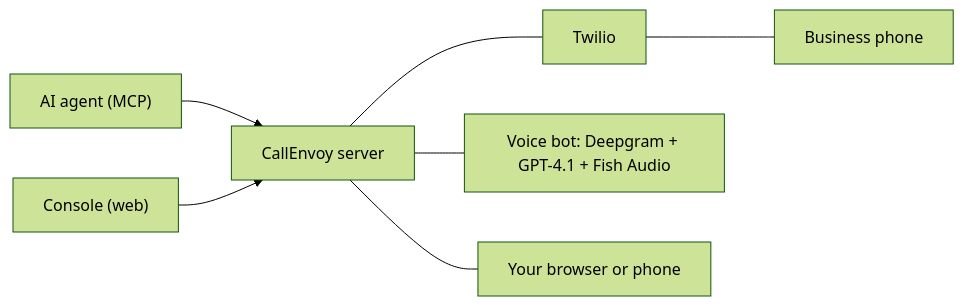
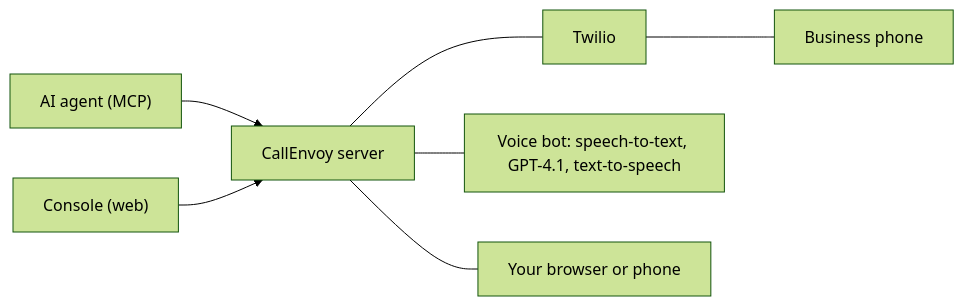
The diagram in README.md (sreenivasanac/callenvoy), drawn with Mermaid (forest theme) before and after one commit. The commit also changed other lines of this file and 4 other files, not shown here.

````diff
--- a/README.md
+++ b/README.md
@@ -11,8 +13,8 @@
 ```mermaid
 flowchart LR
   A["AI agent (MCP)"] --> S["CallEnvoy server"]
   W["Console (web)"] --> S
   S --- T["Twilio"] --- B["Business phone"]
-  S --- AI["Voice bot: Deepgram + GPT-4.1 + Fish Audio"]
+  S --- AI["Voice bot: speech-to-text, GPT-4.1, text-to-speech"]
   S --- P["Your browser or phone"]
 ```
````
